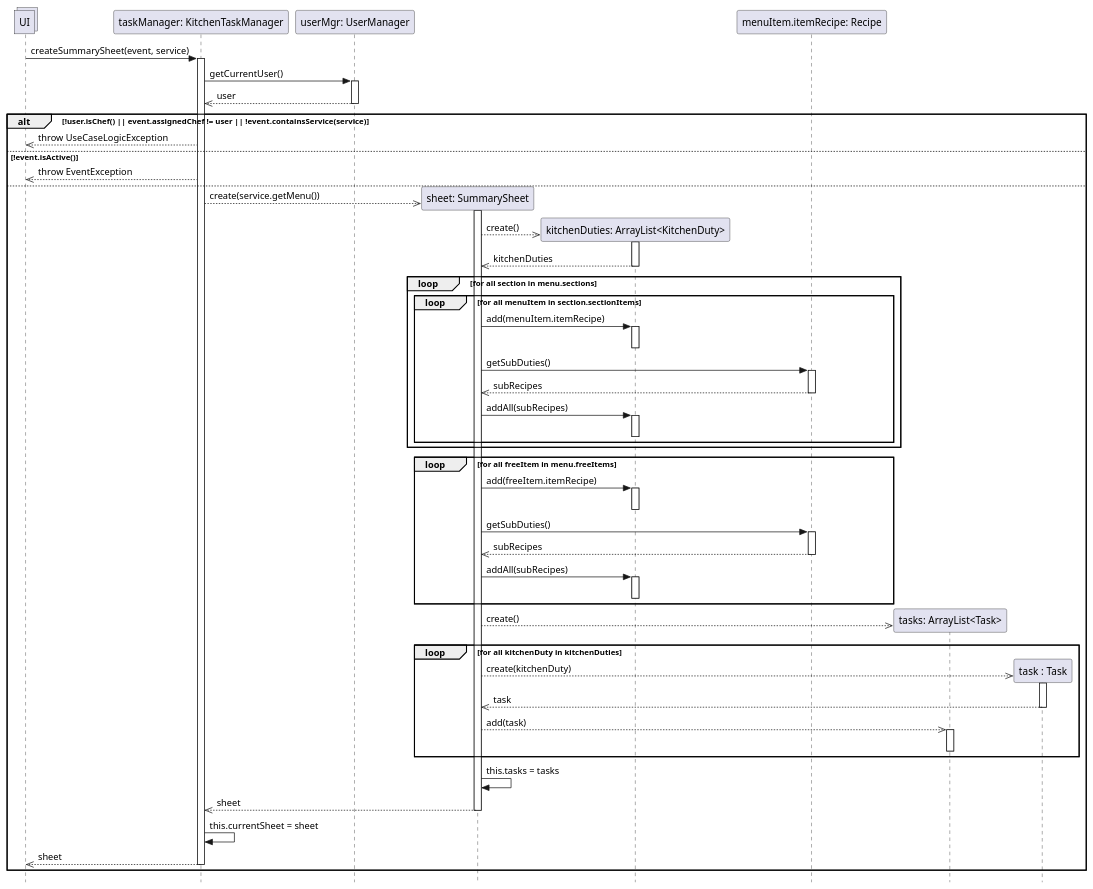
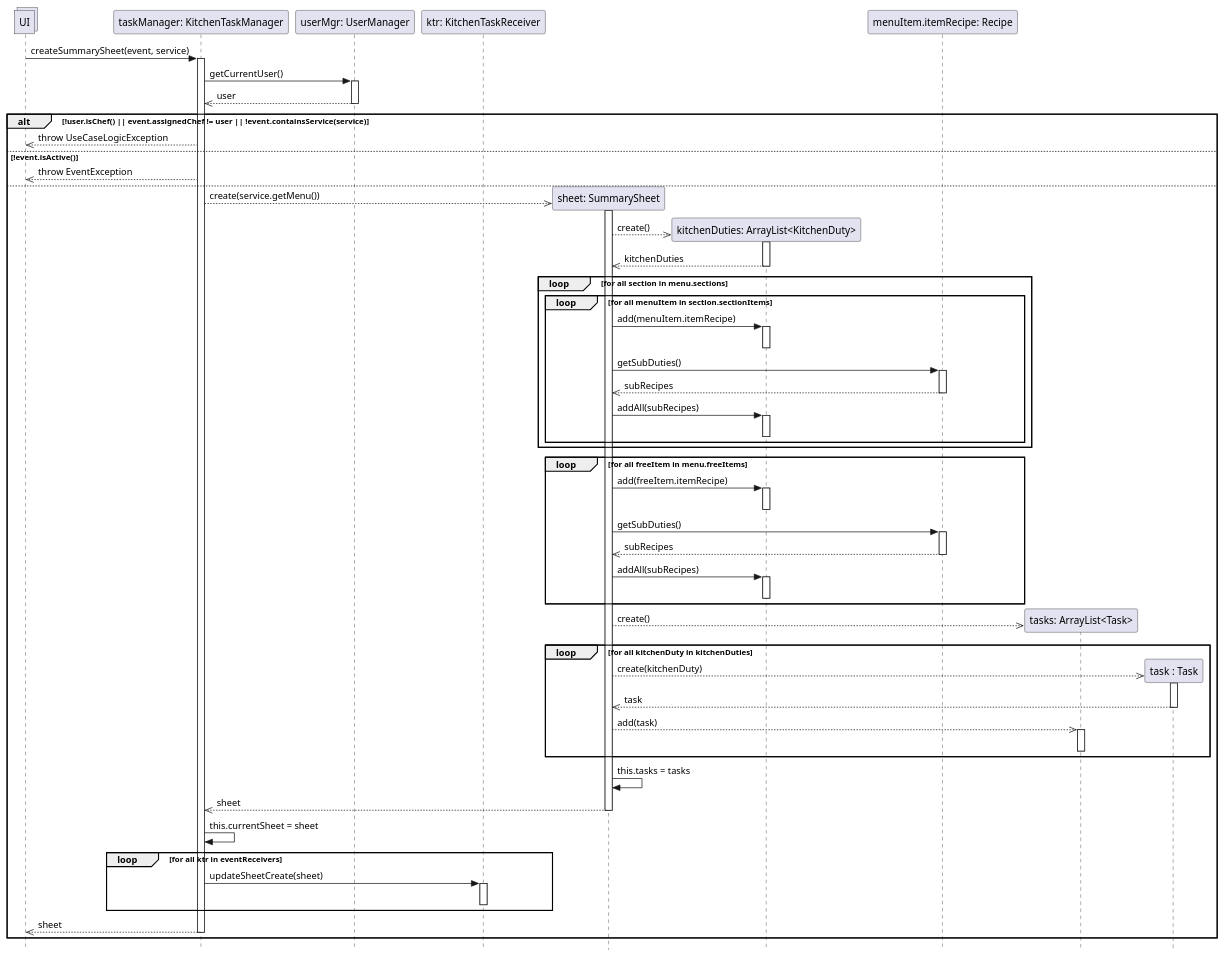
One commit to stefa168/sas-project changed the diagram in DSD Operazione 1.puml. Above: the diagram before and after it, drawn with PlantUML. The commit also changed 5 other files, not shown here.

```diff
--- a/DSD Operazione 1.puml
+++ b/DSD Operazione 1.puml
@@ -1,93 +1,101 @@
 @startuml Operazione 1
 skinparam Style strictuml
 
 collections UI
 
 participant "taskManager: KitchenTaskManager" as tm
 UI -> tm: createSummarySheet(event, service)
 activate tm
 
 participant "userMgr: UserManager" as um
+participant "ktr: KitchenTaskReceiver" as ktr
 tm -> um: getCurrentUser()
 activate um
 tm <<-- um: user
 deactivate um
 
 alt !user.isChef() || event.assignedChef != user || !event.containsService(service)
     UI <<-- tm: throw UseCaseLogicException
 else !event.isActive()
     UI <<-- tm: throw EventException
 else
     participant "sheet: SummarySheet" as ss
     tm -->> ss **: create(service.getMenu())
     activate ss
 
     participant "kitchenDuties: ArrayList<KitchenDuty>" as kdList
     ss -->> kdList**: create()
     activate kdList
     return kitchenDuties
     deactivate kdList
     
     loop for all section in menu.sections
         loop for all menuItem in section.sectionItems
             ss -> kdList: add(menuItem.itemRecipe)
             activate kdList
             deactivate kdList
             
             participant "menuItem.itemRecipe: Recipe" as recipe
             ss -> recipe: getSubDuties()
             activate recipe
             ss <<-- recipe: subRecipes
             deactivate recipe
 
             ss -> kdList: addAll(subRecipes)
             activate kdList
             deactivate kdList
 
         end
     end
 
     loop for all freeItem in menu.freeItems
         ss -> kdList: add(freeItem.itemRecipe)
         activate kdList
         deactivate kdList
 
         participant "freeItem.itemRecipe: Recipe" as recipe
             ss -> recipe: getSubDuties()
             activate recipe
             ss <<-- recipe: subRecipes
             deactivate recipe
 
             ss -> kdList: addAll(subRecipes)
             activate kdList
             deactivate kdList
     end
 
     participant "tasks: ArrayList<Task>" as tasks
     ss -->> tasks**: create()
 
     loop for all kitchenDuty in kitchenDuties
         participant "task : Task" as t
         ss -->> t **: create(kitchenDuty)
         activate t
         ' ss <<-- t :task
         return task
         deactivate t
         ss -->>tasks: add(task)
         activate tasks
         deactivate tasks
     end
 
     ss -> ss: this.tasks = tasks
 
     tm <<-- ss: sheet
     deactivate ss
 
     tm -> tm: this.currentSheet = sheet
 
+    loop for all ktr in eventReceivers
+        tm -> ktr : updateSheetCreate(sheet)
+        activate ktr
+        deactivate ktr
+    end
+
+
     UI <<-- tm: sheet
     deactivate tm
     
 end
 
 @enduml
```
